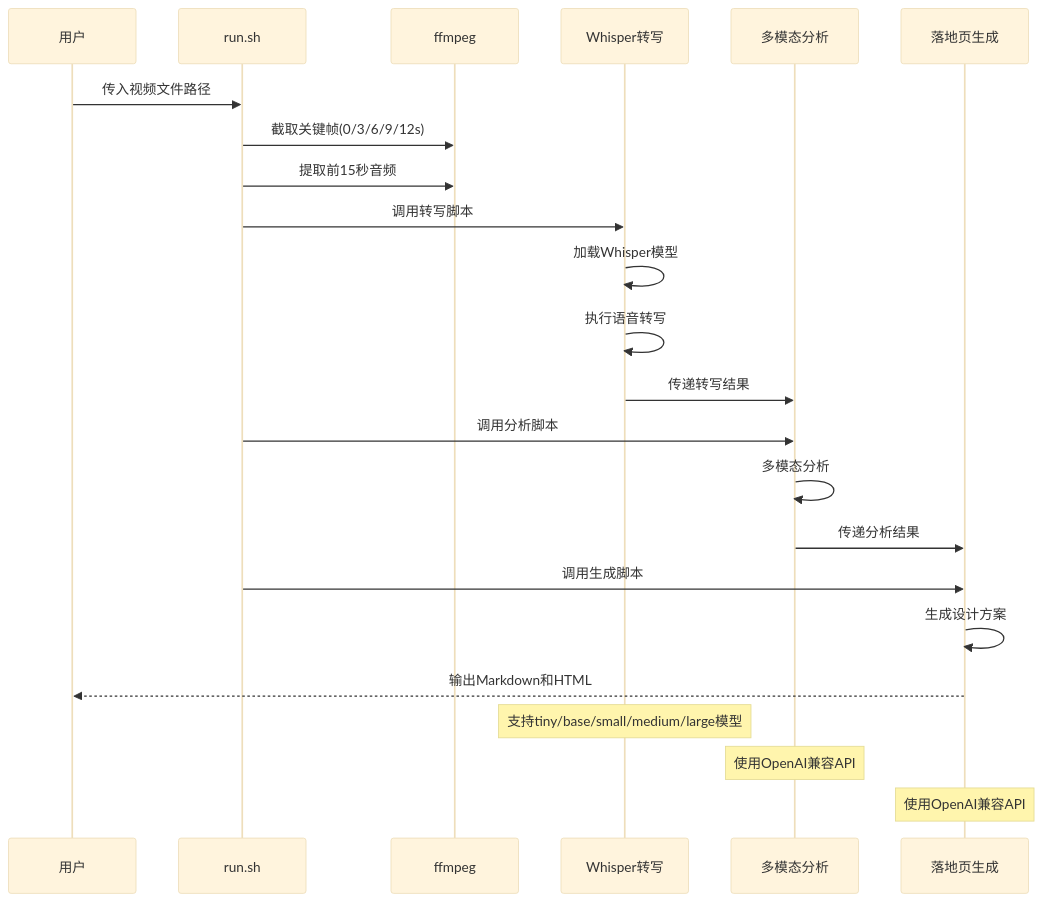
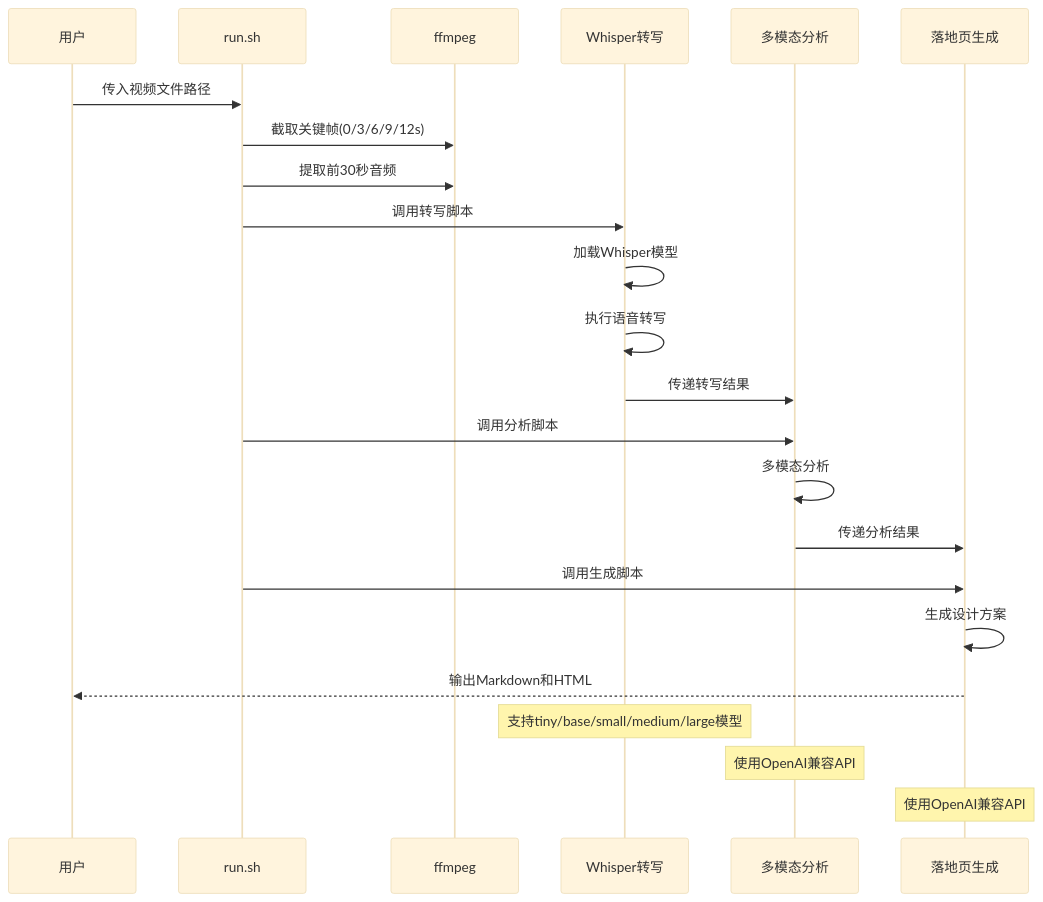
The second of 10 diagrams in .qoder/repowiki/zh/content/配置和定制/模型优化.md (WongMingJiu/landingpage-test-hero-page), drawn with Mermaid (base theme) before and after one commit. The commit also changed other lines of this file and 53 other files, not shown here.

````diff
--- a/.qoder/repowiki/zh/content/配置和定制/模型优化.md
+++ b/.qoder/repowiki/zh/content/配置和定制/模型优化.md
@@ -113,25 +113,25 @@
 ```mermaid
 sequenceDiagram
 participant USER as 用户
 participant RUN as run.sh
 participant FF as ffmpeg
 participant TRANS as Whisper转写
 participant ANALYZE as 多模态分析
 participant GEN as 落地页生成
 USER->>RUN : 传入视频文件路径
 RUN->>FF : 截取关键帧(0/3/6/9/12s)
-RUN->>FF : 提取前15秒音频
+RUN->>FF : 提取前30秒音频
 RUN->>TRANS : 调用转写脚本
 TRANS->>TRANS : 加载Whisper模型
 TRANS->>TRANS : 执行语音转写
 TRANS->>ANALYZE : 传递转写结果
 RUN->>ANALYZE : 调用分析脚本
 ANALYZE->>ANALYZE : 多模态分析
 ANALYZE->>GEN : 传递分析结果
 RUN->>GEN : 调用生成脚本
 GEN->>GEN : 生成设计方案
 GEN-->>USER : 输出Markdown和HTML
 Note over TRANS : 支持tiny/base/small/medium/large模型
 Note over ANALYZE : 使用OpenAI兼容API
 Note over GEN : 使用OpenAI兼容API
 ```
````
